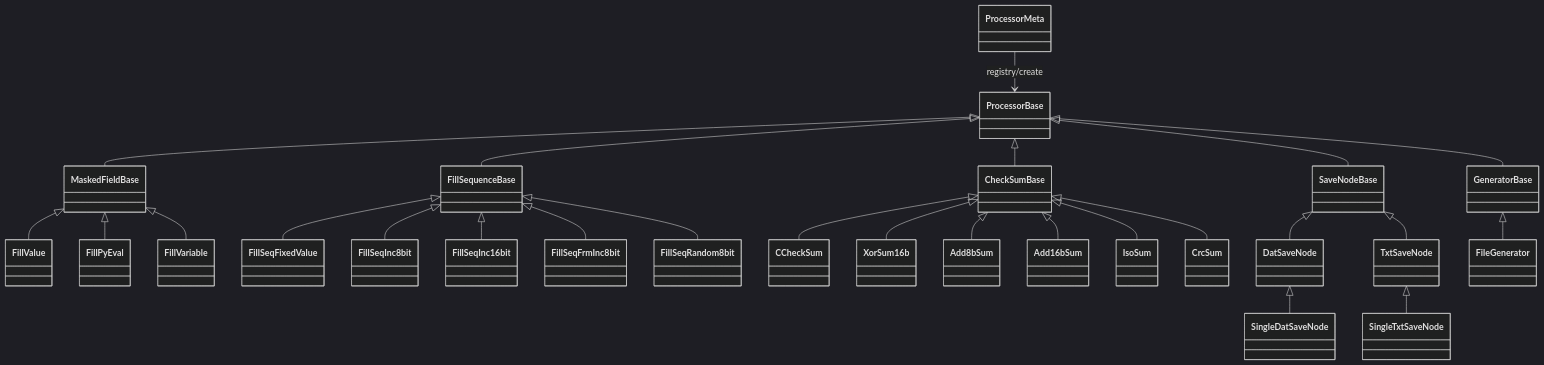
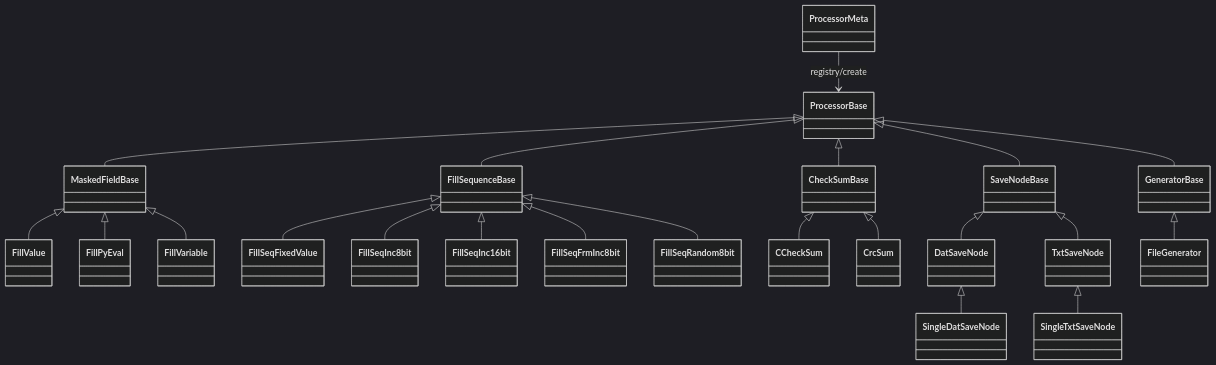
Before and after one commit to zy9826/datapacker: the second of 2 diagrams in readme.md, drawn with Mermaid (dark theme). The commit also changed other lines of this file, not shown here.

````diff
--- a/readme.md
+++ b/readme.md
@@ -768,70 +775,62 @@
 ``` mermaid
 classDiagram
   direction TB
 
   %% 第一层
   class ProcessorMeta
   class ProcessorBase
   ProcessorMeta --> ProcessorBase : registry/create
 
   %% 第二层：中间基类
   class MaskedFieldBase
   class FillSequenceBase
   class CheckSumBase
   class SaveNodeBase
   class GeneratorBase
 
   ProcessorBase <|-- MaskedFieldBase
   ProcessorBase <|-- FillSequenceBase
   ProcessorBase <|-- CheckSumBase
   ProcessorBase <|-- SaveNodeBase
   ProcessorBase <|-- GeneratorBase
 
   %% 第三层：和 MaskedFieldBase 相关的类单独成块
   class FillValue
   class FillPyEval
   class FillVariable
   MaskedFieldBase <|-- FillValue
   MaskedFieldBase <|-- FillPyEval
   MaskedFieldBase <|-- FillVariable
 
   %% 第三层：Sequence 系列
   class FillSeqFixedValue
   class FillSeqInc8bit
   class FillSeqInc16bit
   class FillSeqFrmInc8bit
   class FillSeqRandom8bit
   FillSequenceBase <|-- FillSeqFixedValue
   FillSequenceBase <|-- FillSeqInc8bit
   FillSequenceBase <|-- FillSeqInc16bit
   FillSequenceBase <|-- FillSeqFrmInc8bit
   FillSequenceBase <|-- FillSeqRandom8bit
 
   %% 第三层：Checksum 系列
   class CCheckSum
-  class XorSum16b
-  class Add8bSum
-  class Add16bSum
-  class IsoSum
   class CrcSum
   CheckSumBase <|-- CCheckSum
-  CheckSumBase <|-- XorSum16b
-  CheckSumBase <|-- Add8bSum
-  CheckSumBase <|-- Add16bSum
-  CheckSumBase <|-- IsoSum
   CheckSumBase <|-- CrcSum
 
   %% 第三/四层：SaveNode 系列
   class DatSaveNode
   class TxtSaveNode
   class SingleDatSaveNode
   class SingleTxtSaveNode
   SaveNodeBase <|-- DatSaveNode
   SaveNodeBase <|-- TxtSaveNode
   DatSaveNode <|-- SingleDatSaveNode
   TxtSaveNode <|-- SingleTxtSaveNode
 
   %% 第三层：Generator
   class FileGenerator
   GeneratorBase <|-- FileGenerator
 ```
````
